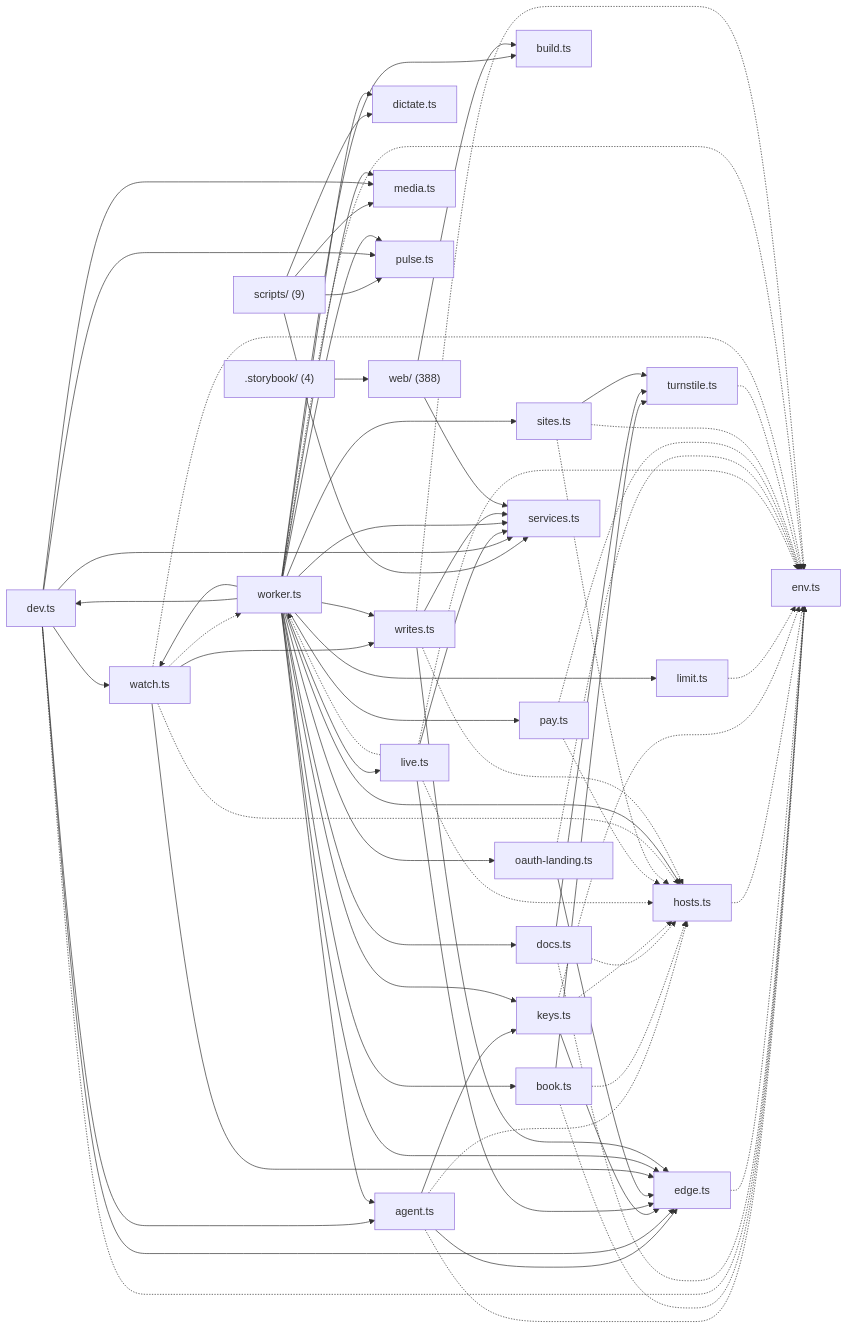
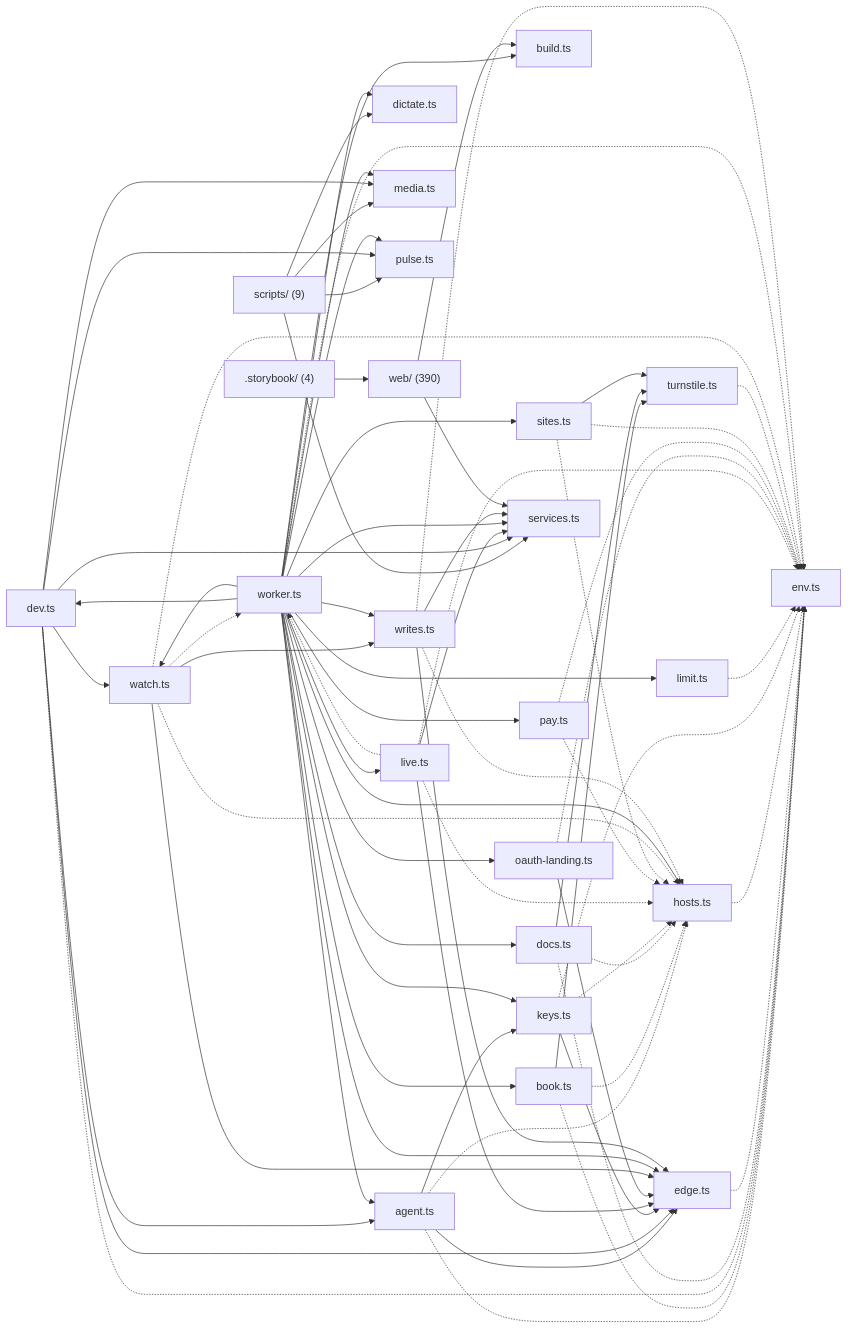
One commit to wrenautomation/wren changed the diagram in map/generated/imports/@wren+portal.md. Above: the diagram before and after it, drawn with Mermaid. The commit also changed other lines of this file and 26 other files, not shown here.

```diff
--- a/map/generated/imports/@wren+portal.md
+++ b/map/generated/imports/@wren+portal.md
@@ -66,7 +66,7 @@
   nwatch_ts["watch.ts"]
   nworker_ts["worker.ts"]
   nwrites_ts["writes.ts"]
-  nweb_["web/ (388)"]
+  nweb_["web/ (390)"]
   n_storybook_ --> nweb_
   nscripts_ --> nservices_ts
   nscripts_ --> ndictate_ts
```
